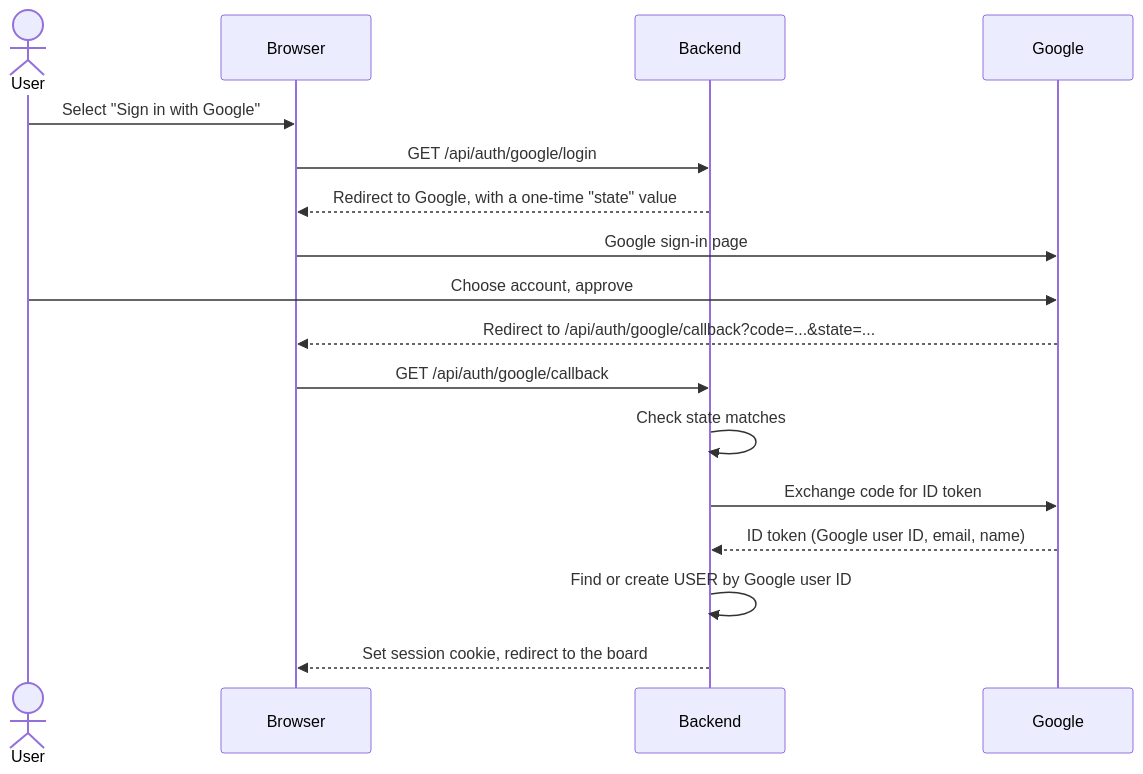
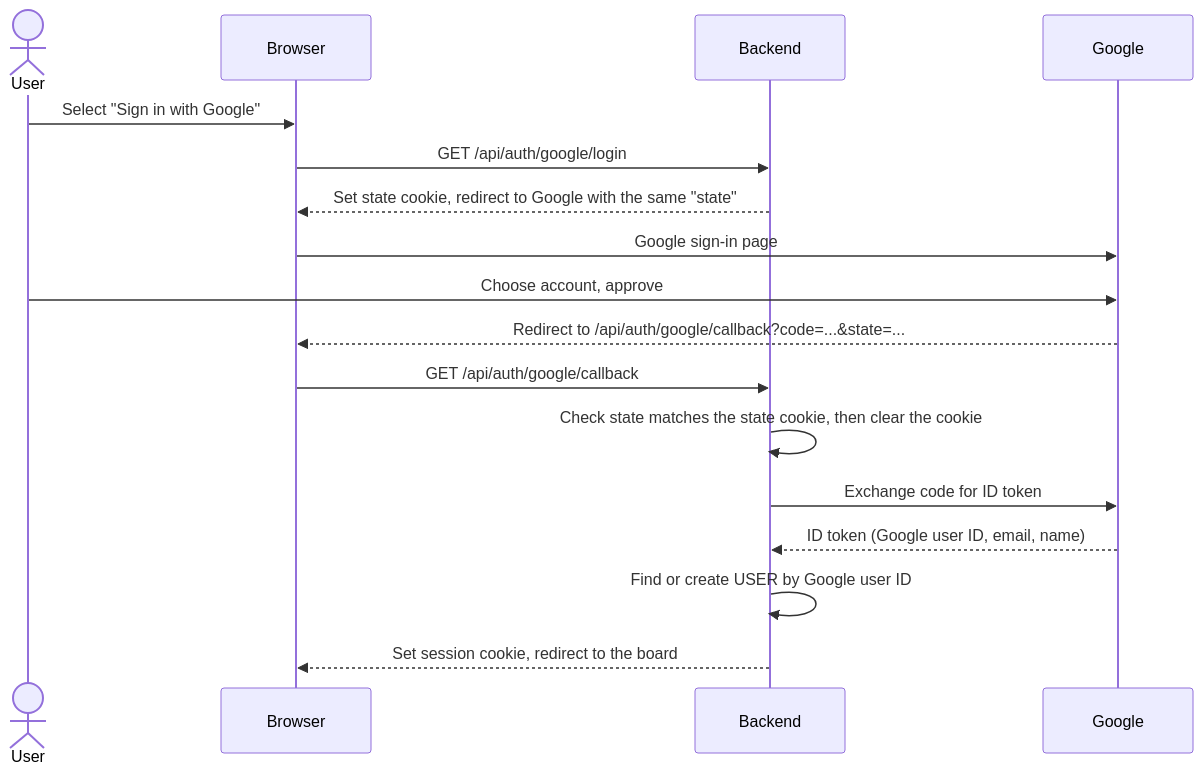
Before and after one commit to bbranton/TestProj: the fourth of 6 diagrams in docs/canvas-portal/03-design.md, drawn with Mermaid. The commit also changed other lines of this file and 6 other files, not shown here.

````diff
--- a/docs/canvas-portal/03-design.md
+++ b/docs/canvas-portal/03-design.md
@@ -352,20 +379,20 @@
 ```mermaid
 sequenceDiagram
     actor U as User
     participant B as Browser
     participant A as Backend
     participant G as Google
 
     U->>B: Select "Sign in with Google"
     B->>A: GET /api/auth/google/login
-    A-->>B: Redirect to Google, with a one-time "state" value
+    A-->>B: Set state cookie, redirect to Google with the same "state"
     B->>G: Google sign-in page
     U->>G: Choose account, approve
     G-->>B: Redirect to /api/auth/google/callback?code=...&state=...
     B->>A: GET /api/auth/google/callback
-    A->>A: Check state matches
+    A->>A: Check state matches the state cookie, then clear the cookie
     A->>G: Exchange code for ID token
     G-->>A: ID token (Google user ID, email, name)
     A->>A: Find or create USER by Google user ID
     A-->>B: Set session cookie, redirect to the board
 ```
````
